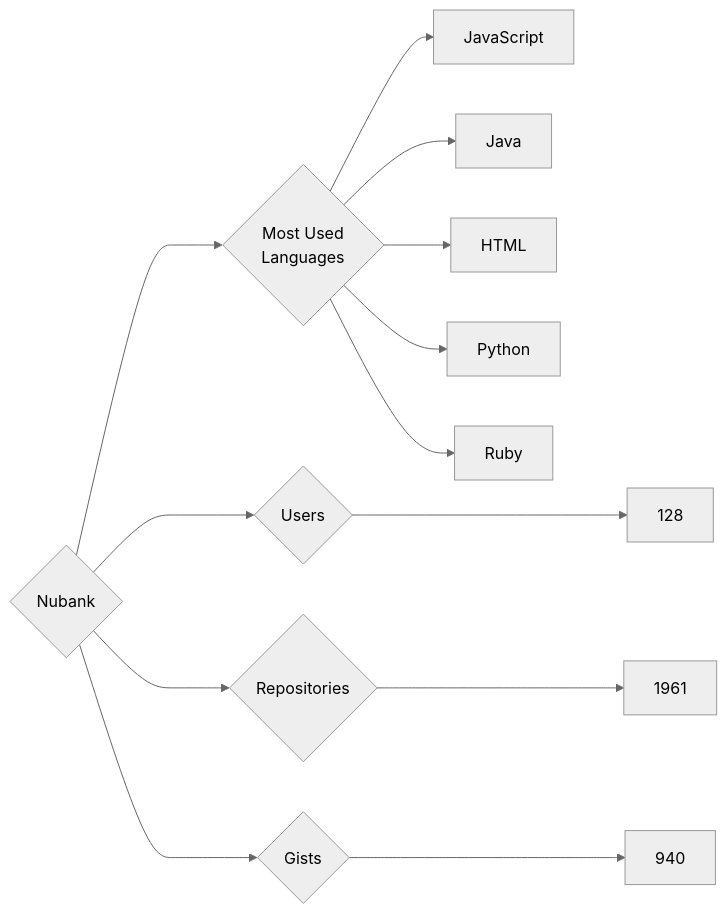
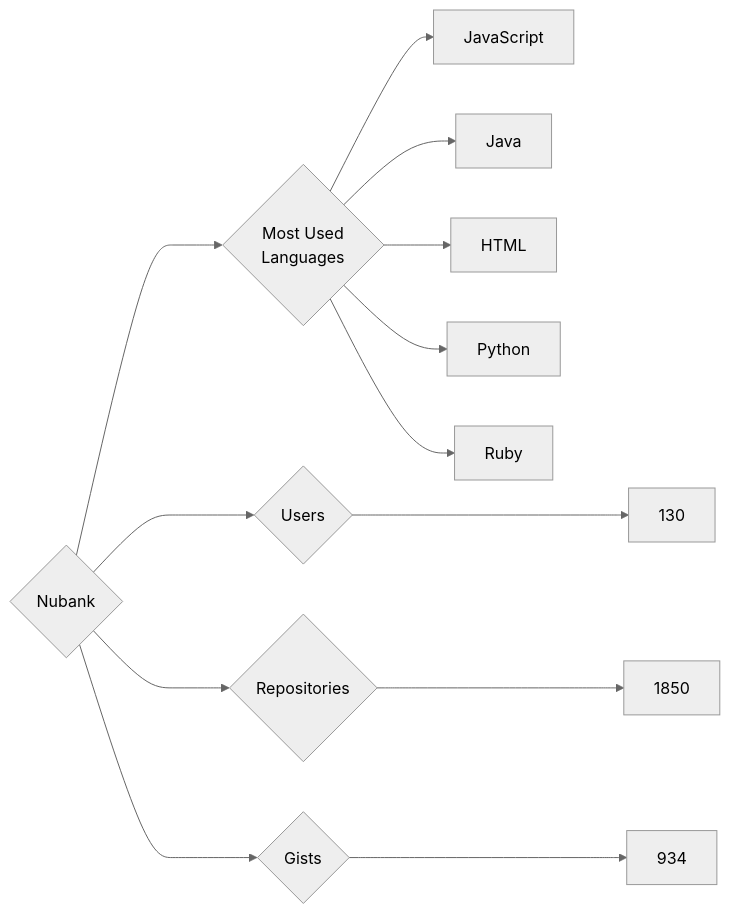
Before and after one commit to trickest/insiders: the diagram in targets/Nubank/README.md, drawn with Mermaid (neutral theme). The commit also changed 955 other files, not shown here.

````diff
--- a/targets/Nubank/README.md
+++ b/targets/Nubank/README.md
@@ -3,13 +3,13 @@
 ```mermaid
 graph LR
 COMPANY_NAME{Nubank}
-COMPANY_NAME ---> U{Users} ---> UN[128]
-COMPANY_NAME ---> R{Repositories} ---> RN[1961]
-COMPANY_NAME ---> G{Gists} ---> GN[940]
+COMPANY_NAME ---> U{Users} ---> UN[130]
+COMPANY_NAME ---> R{Repositories} ---> RN[1850]
+COMPANY_NAME ---> G{Gists} ---> GN[934]
 COMPANY_NAME ---> ML{Most Used<br>Languages}
 ML --> JavaScript[JavaScript]
 ML --> Java[Java]
 ML --> HTML[HTML]
 ML --> Python[Python]
 ML --> Ruby[Ruby]
 ```
````
